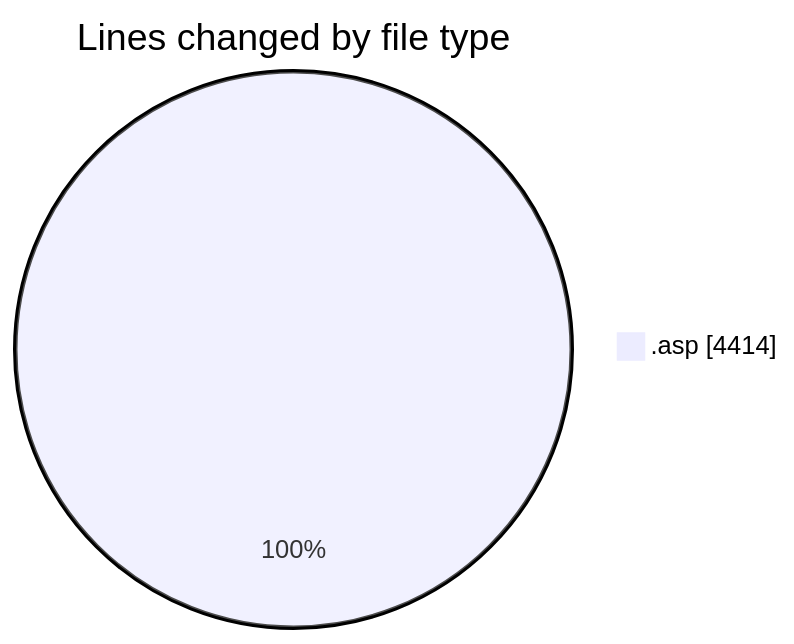
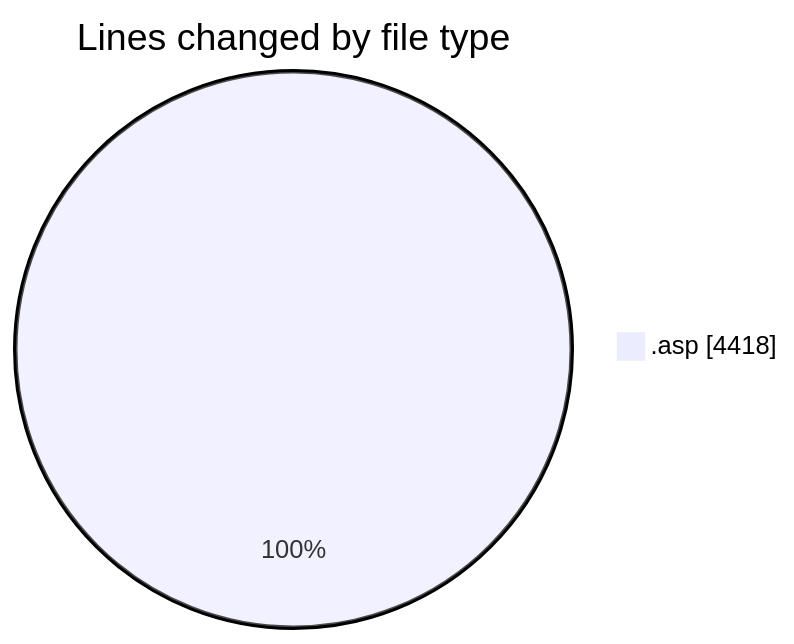
One commit to julien-gomy/code-tracking changed the first of 2 diagrams in 2025-10-31/cdp_aleoudev_fr__workspace_/README.md. Above: the diagram before and after it, drawn with Mermaid. The commit also changed other lines of this file and 1 other file, not shown here.

````diff
--- a/2025-10-31/cdp_aleoudev_fr__workspace_/README.md
+++ b/2025-10-31/cdp_aleoudev_fr__workspace_/README.md
@@ -22,5 +22,5 @@
 ```mermaid
 pie showData
 title Lines changed by file type
-".asp" : 4414
+".asp" : 4418
 ```
````
